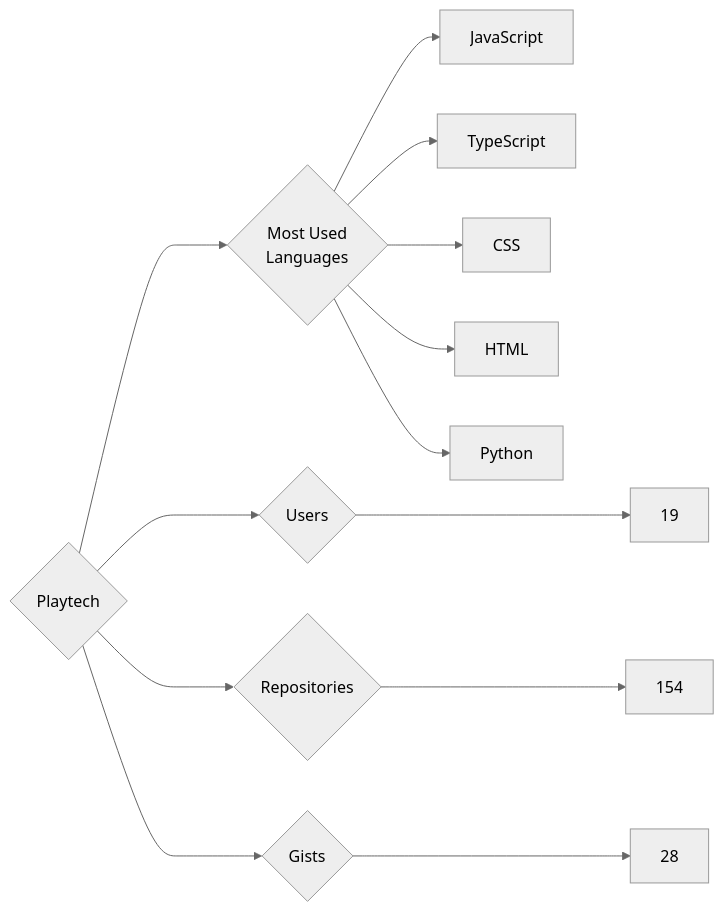
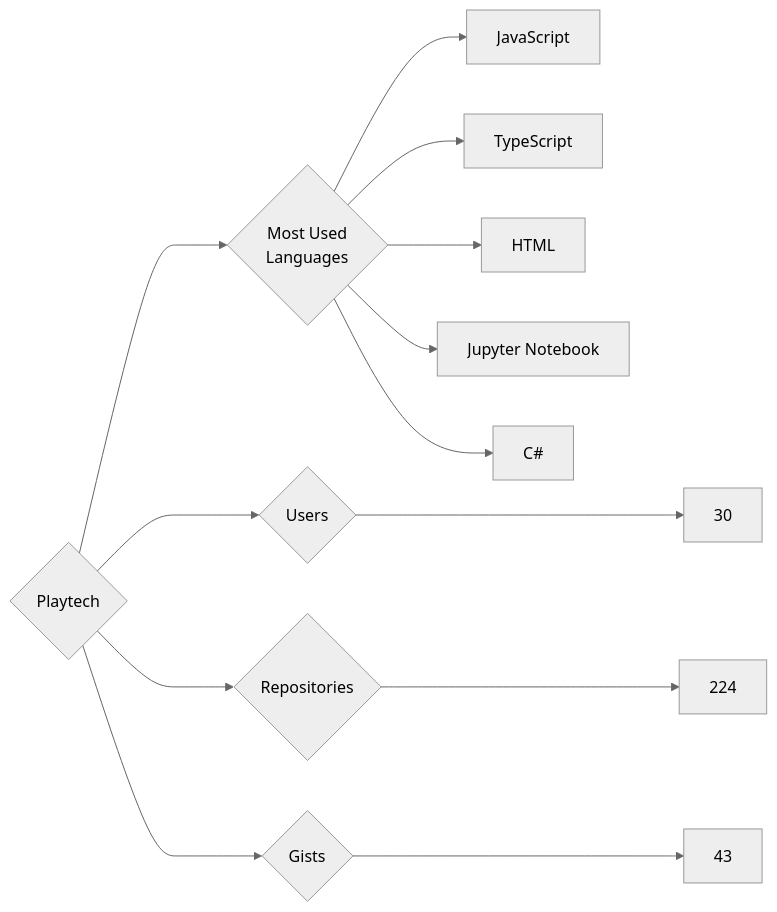
Before and after one commit to trickest/insiders: the diagram in targets/Playtech/README.md, drawn with Mermaid (neutral theme). The commit also changed 833 other files, not shown here.

````diff
--- a/targets/Playtech/README.md
+++ b/targets/Playtech/README.md
@@ -3,13 +3,13 @@
 ```mermaid
 graph LR
 COMPANY_NAME{Playtech}
-COMPANY_NAME ---> U{Users} ---> UN[19]
-COMPANY_NAME ---> R{Repositories} ---> RN[154]
-COMPANY_NAME ---> G{Gists} ---> GN[28]
+COMPANY_NAME ---> U{Users} ---> UN[30]
+COMPANY_NAME ---> R{Repositories} ---> RN[224]
+COMPANY_NAME ---> G{Gists} ---> GN[43]
 COMPANY_NAME ---> ML{Most Used<br>Languages}
 ML --> JavaScript[JavaScript]
 ML --> TypeScript[TypeScript]
-ML --> CSS[CSS]
 ML --> HTML[HTML]
-ML --> Python[Python]
+ML --> Jupyter_Notebook[Jupyter Notebook]
+ML --> C#[C#]
 ```
````
